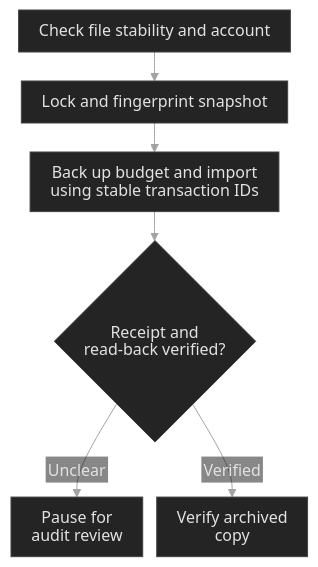
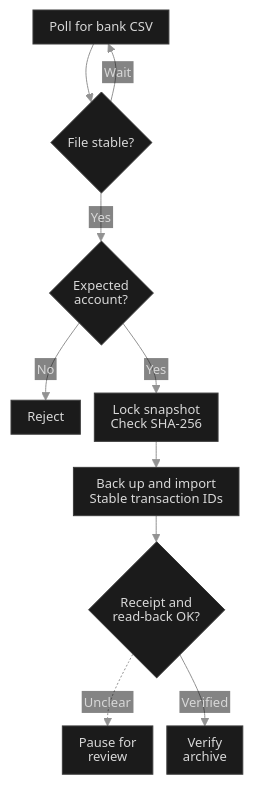
One commit to kazuall/finance-process-portfolio changed the diagram in diagrams/bank-imports-compact.mmd. Above: the diagram before and after it, drawn with Mermaid. The commit also changed 43 other files, not shown here.

```diff
--- a/diagrams/bank-imports-compact.mmd
+++ b/diagrams/bank-imports-compact.mmd
@@ -1,34 +1,38 @@
 ---
 config:
   theme: base
   htmlLabels: false
   themeVariables:
     darkMode: true
-    background: '#101010'
+    background: '#0a0a0a'
     fontFamily: 'Inter, -apple-system, BlinkMacSystemFont, Segoe UI, sans-serif'
-    fontSize: '16px'
-    primaryColor: '#242424'
-    primaryTextColor: '#e2e2e2'
-    primaryBorderColor: '#434343'
-    lineColor: '#a3a3a3'
-    edgeLabelBackground: '#101010'
-    textColor: '#cdcdcd'
+    fontSize: '13px'
+    primaryColor: '#1b1b1b'
+    primaryTextColor: '#d8d8d8'
+    primaryBorderColor: '#3c3c3c'
+    lineColor: '#929292'
+    edgeLabelBackground: '#0a0a0a'
+    textColor: '#d8d8d8'
   flowchart:
     htmlLabels: false
     useMaxWidth: false
     nodeSpacing: 14
-    rankSpacing: 29
-    wrappingWidth: 245
-    padding: 10
+    rankSpacing: 26
+    wrappingWidth: 220
+    padding: 8
     diagramPadding: 5
     curve: basis
-  themeCSS: 'text,tspan{font-family:system-ui,sans-serif!important}.node rect.label-container{rx:3px;ry:3px}.node rect,.node polygon,.flowchart-link{stroke-width:1px!important}.edgeLabel .labelBkg{fill:#101010!important;opacity:1!important}.edgeLabel text{fill:#c4c4c4!important}'
+  themeCSS: 'text,tspan{font-family:system-ui,sans-serif!important;font-weight:400!important}.node rect.label-container{rx:3px;ry:3px}.node rect,.node polygon,.flowchart-link{stroke-width:.85px!important}.edgeLabel .labelBkg{fill:#0a0a0a!important;opacity:1!important}.edgeLabel text{fill:#bebebe!important}'
 ---
 flowchart TB
   accTitle: Bank import
   accDescr: A stable statement for the expected account is copied under a lock. Actual Budget is backed up before import using stable transaction IDs. A verified receipt allows archiving. An uncertain write pauses the watcher for audit.
-  csv["Check file stability and account"] --> lock["Lock and fingerprint snapshot"]
-  lock --> write["Back up budget and import<br/>using stable transaction IDs"]
-  write --> audit{"Receipt and<br/>read-back verified?"}
-  audit -->|Unclear| pause["Pause for<br/>audit review"]
-  audit -->|Verified| archive["Verify archived<br/>copy"]
+  csv["Poll for bank CSV"] --> stable{"File stable?"}
+  stable -->|Wait| csv
+  stable -->|Yes| account{"Expected<br/>account?"}
+  account -->|No| reject["Reject"]
+  account -->|Yes| lock["Lock snapshot<br/>Check SHA-256"]
+  lock --> write["Back up and import<br/>Stable transaction IDs"]
+  write --> audit{"Receipt and<br/>read-back OK?"}
+  audit -.->|Unclear| pause["Pause for<br/>review"]
+  audit -->|Verified| archive["Verify<br/>archive"]
```
